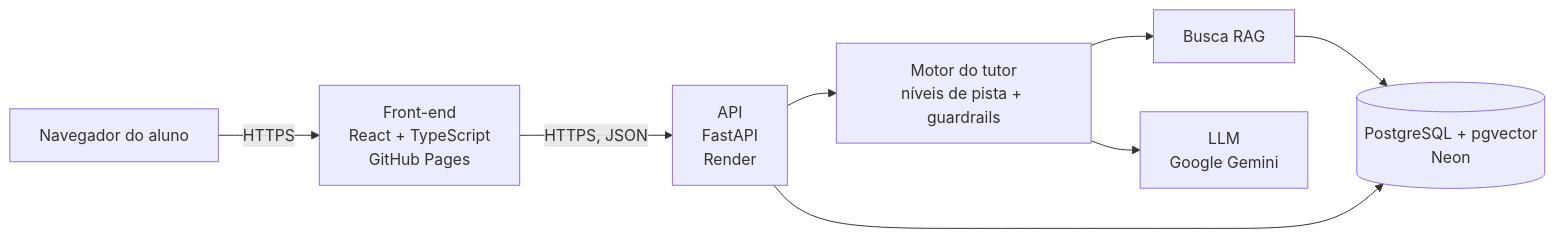
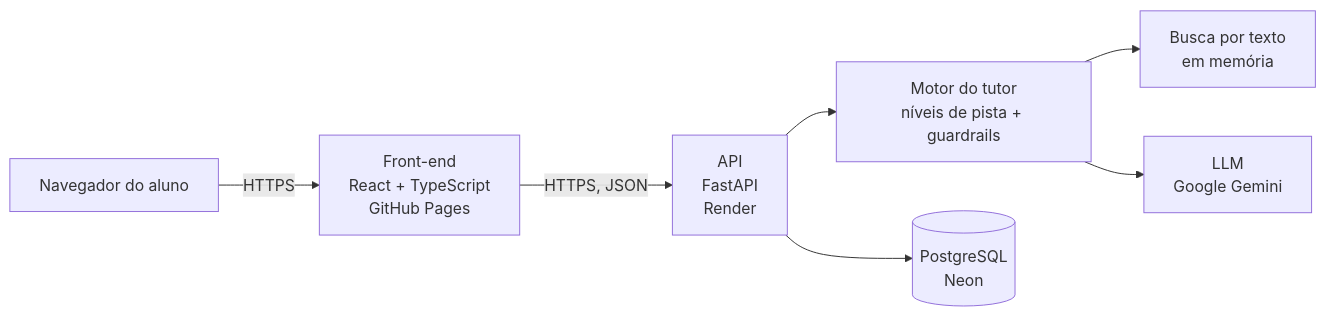
The second of 2 diagrams in README.md (sabrinasiilva/pista-enem), drawn with Mermaid before and after one commit. The commit also changed other lines of this file and 34 other files, not shown here.

````diff
--- a/README.md
+++ b/README.md
@@ -64,10 +64,9 @@
 ```mermaid
 flowchart LR
     U[Navegador do aluno] -->|HTTPS| F[Front-end<br/>React + TypeScript<br/>GitHub Pages]
     F -->|HTTPS, JSON| A[API<br/>FastAPI<br/>Render]
     A --> T[Motor do tutor<br/>níveis de pista + guardrails]
-    T --> R[Busca RAG]
-    R --> D[(PostgreSQL + pgvector<br/>Neon)]
+    T --> R[Busca por texto<br/>em memória]
+    A --> D[(PostgreSQL<br/>Neon)]
     T --> L[LLM<br/>Google Gemini]
-    A --> D
 ```
````
